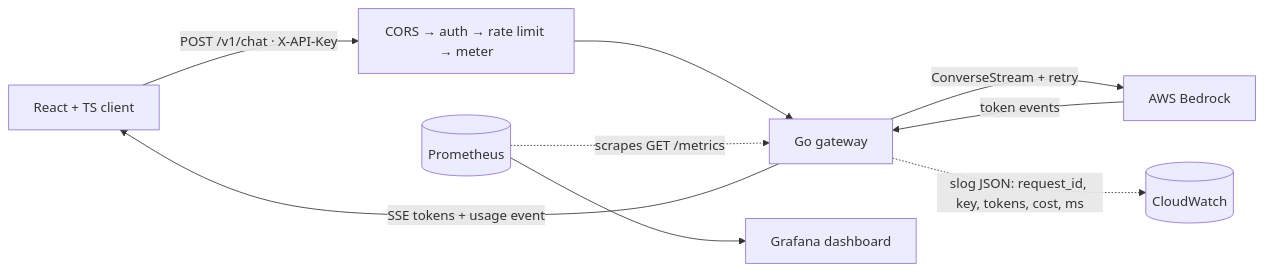
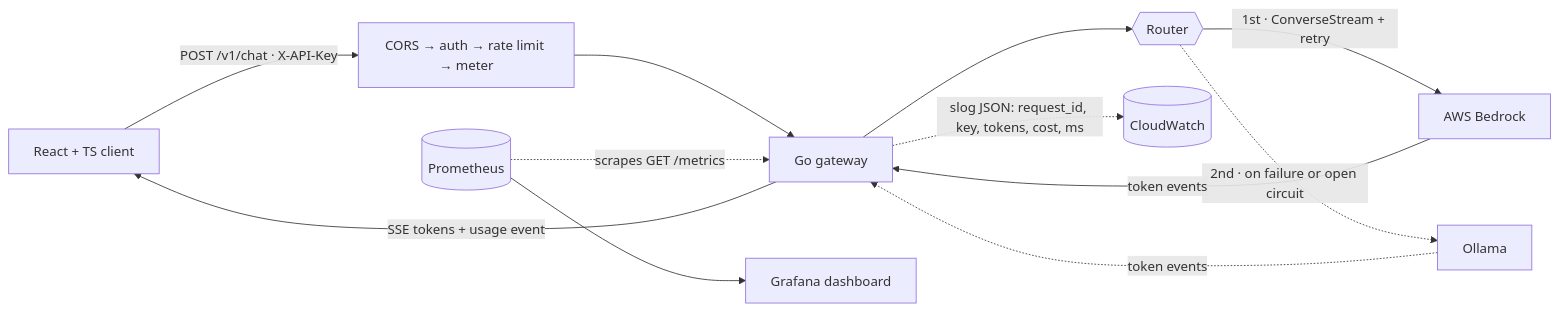
One commit to Go-Santiago-Go/inference-gateway changed the first of 2 diagrams in README.md. Above: the diagram before and after it, drawn with Mermaid. The commit also changed other lines of this file and 20 other files, not shown here.

````diff
--- a/README.md
+++ b/README.md
@@ -39,11 +42,14 @@
 ```mermaid
 flowchart LR
     U["React + TS client"] -->|"POST /v1/chat · X-API-Key"| M["CORS → auth → rate limit → meter"]
     M --> G["Go gateway"]
-    G -->|"ConverseStream + retry"| B["AWS Bedrock"]
+    G --> R{{"Router"}}
+    R -->|"1st · ConverseStream + retry"| B["AWS Bedrock"]
+    R -.->|"2nd · on failure or open circuit"| O["Ollama"]
     B -->|"token events"| G
+    O -.->|"token events"| G
     G -->|"SSE tokens + usage event"| U
     G -.->|"slog JSON: request_id, key, tokens, cost, ms"| L[("CloudWatch")]
     P[("Prometheus")] -.->|"scrapes GET /metrics"| G
     P --> D["Grafana dashboard"]
 ```
````
